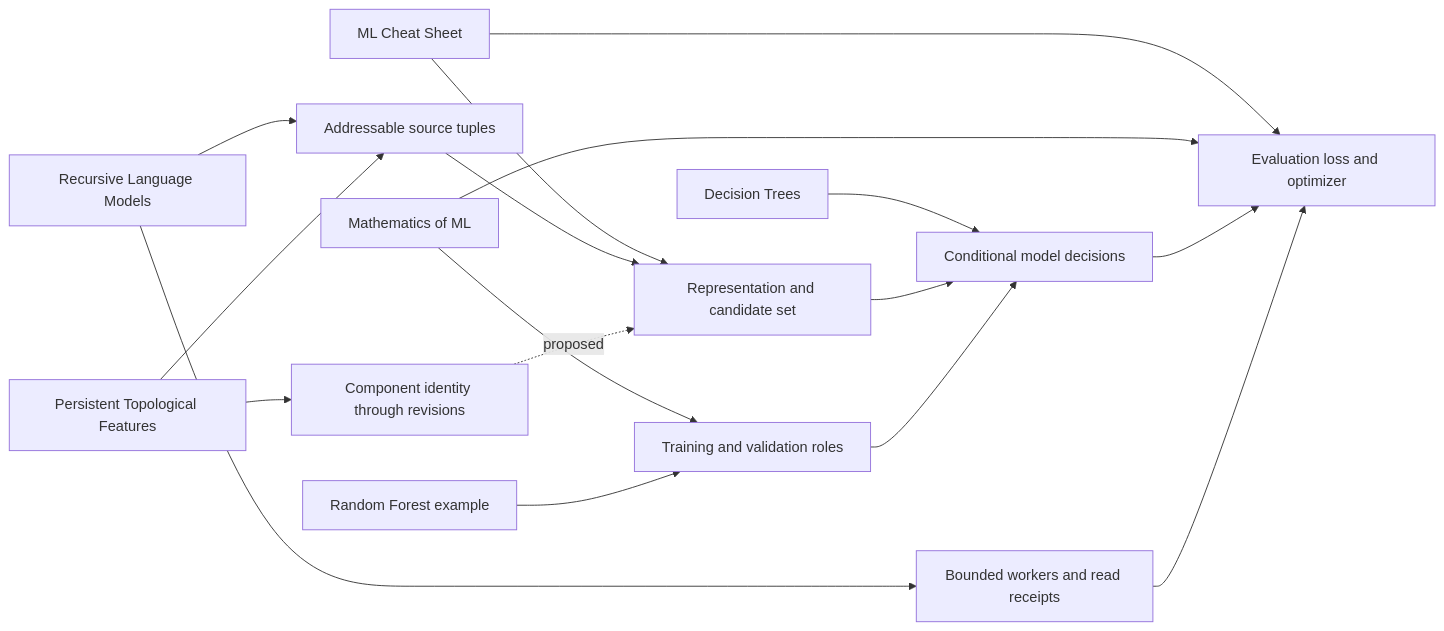
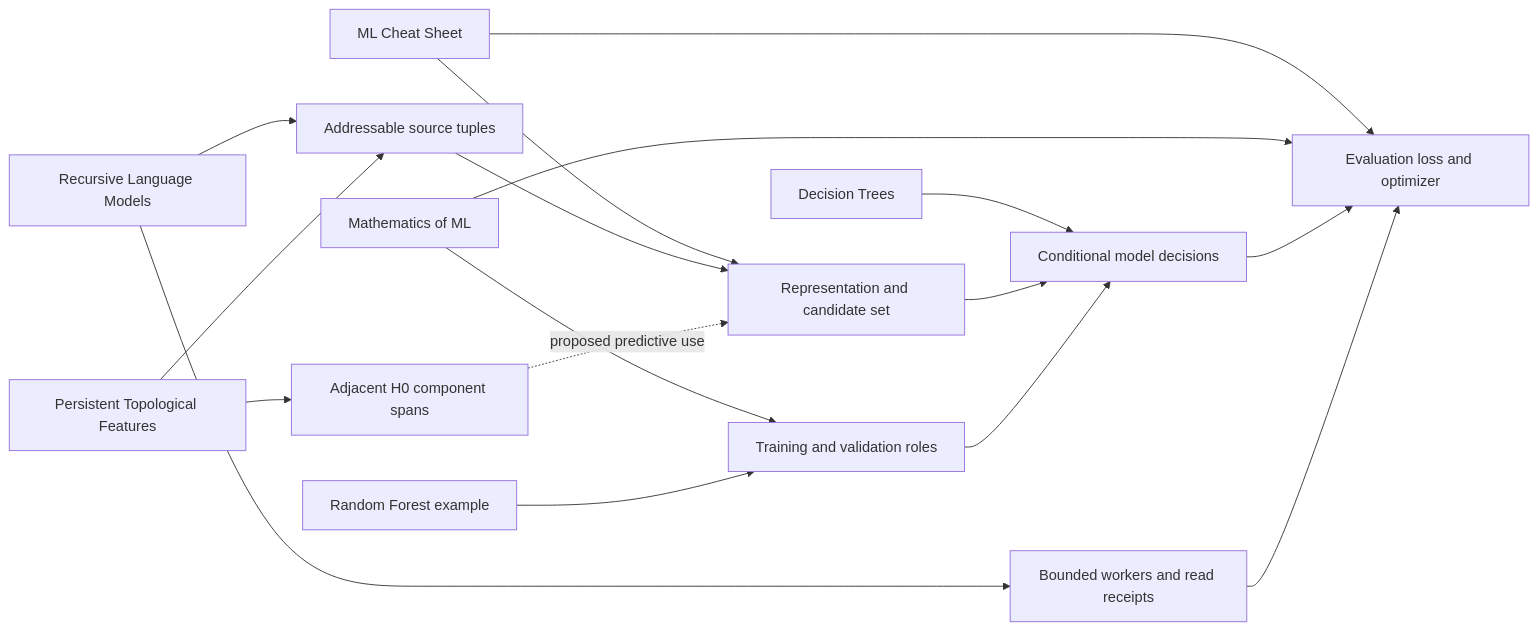
Before and after one commit to FractalDesignZ/rogii-wellbore-topology: the first of 2 diagrams in docs/METHOD_REFERENCE_GRAPH.md, drawn with Mermaid. The commit also changed other lines of this file and 3 other files, not shown here.

````diff
--- a/docs/METHOD_REFERENCE_GRAPH.md
+++ b/docs/METHOD_REFERENCE_GRAPH.md
@@ -5,19 +5,19 @@
 ```mermaid
 flowchart LR
   RLM[Recursive Language Models] --> A[Addressable source tuples]
   RLM --> B[Bounded workers and read receipts]
   ML[ML Cheat Sheet] --> C[Representation and candidate set]
   ML --> E[Evaluation loss and optimizer]
   M[Mathematics of ML] --> D[Training and validation roles]
   M --> E
   TREE[Decision Trees] --> T[Conditional model decisions]
   RF[Random Forest example] --> D
   TDA[Persistent Topological Features] --> A
-  TDA --> H[Component identity through revisions]
+  TDA --> H[Adjacent H0 component spans]
   A --> C
   C --> T
   D --> T
   T --> E
   B --> E
-  H -. proposed .-> C
+  H -. proposed predictive use .-> C
 ```
````
